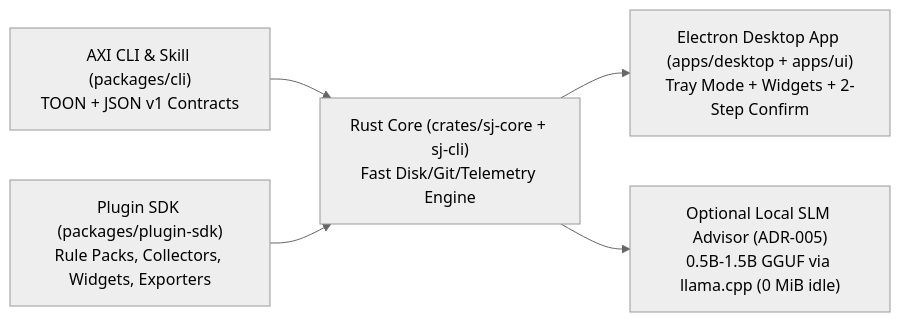
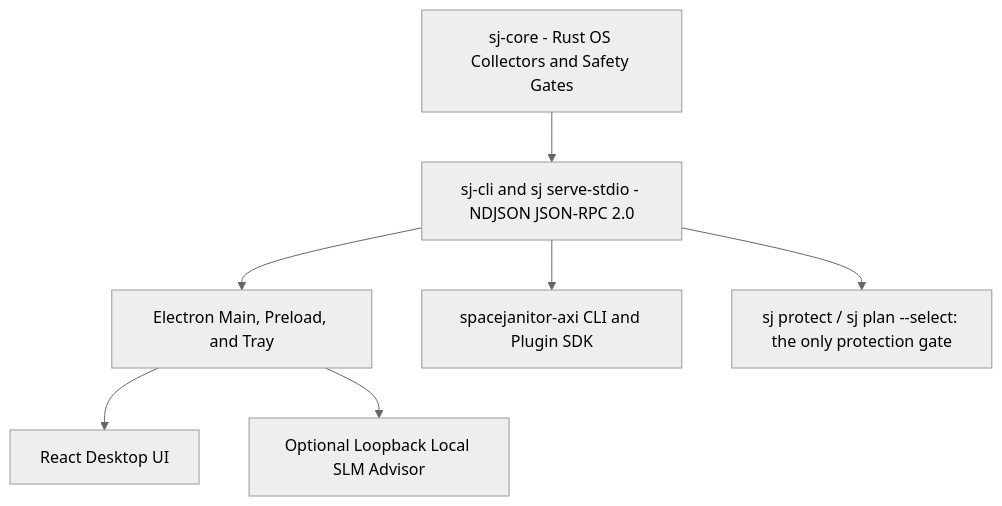
The second of 2 diagrams in README.md (adibirzu/spacejanitor), drawn with Mermaid (neutral theme) before and after one commit. The commit also changed other lines of this file and 17 other files, not shown here.

First line of the commit message:
docs: public README, guides, PRD/ADR status aligned with main (supersedes #9) (#19)

````diff
--- a/README.md
+++ b/README.md
@@ -25,7 +89,9 @@
 ```mermaid
-flowchart LR
-  RustCore["Rust Core (crates/sj-core + sj-cli)\nFast Disk/Git/Telemetry Engine"] --> Electron["Electron Desktop App (apps/desktop + apps/ui)\nTray Mode + Widgets + 2-Step Confirm"]
-  RustCore --> SLM["Optional Local SLM Advisor (ADR-005)\n0.5B-1.5B GGUF via llama.cpp (0 MiB idle)"]
-  AXI["AXI CLI & Skill (packages/cli)\nTOON + JSON v1 Contracts"] --> RustCore
-  SDK["Plugin SDK (packages/plugin-sdk)\nRule Packs, Collectors, Widgets, Exporters"] --> RustCore
+flowchart TB
+  Core["sj-core - Rust OS Collectors and Safety Gates"] --> Cli["sj-cli and sj serve-stdio - NDJSON JSON-RPC 2.0"]
+  Cli --> Electron["Electron Main, Preload, and Tray"]
+  Electron --> UI["React Desktop UI"]
+  Electron --> SLM["Optional Loopback Local SLM Advisor"]
+  Cli --> AXI["spacejanitor-axi CLI and Plugin SDK"]
+  Cli --> Gate["sj protect / sj plan --select: the only protection gate"]
 ```
````
